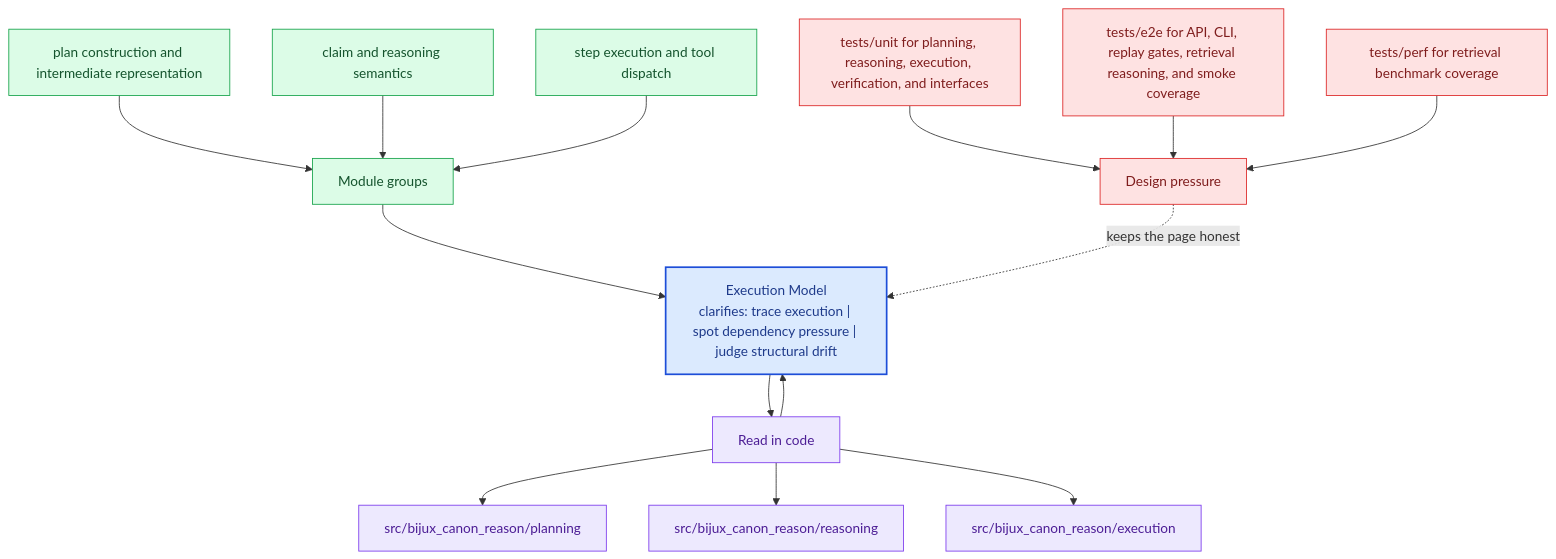
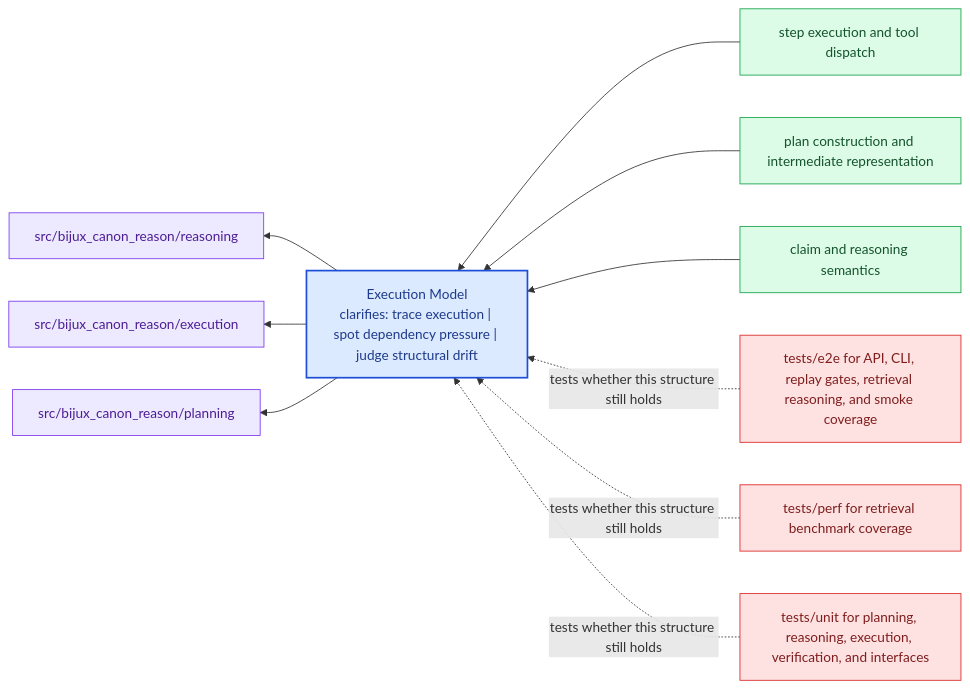
One commit to bijux/bijux-canon changed the diagram in docs/bijux-canon-reason/architecture/execution-model.md. Above: the diagram before and after it, drawn with Mermaid. The commit also changed other lines of this file and 281 other files, not shown here.

Commit message:
docs(diagrams): replace repeated mermaid scaffolds with page-specific summaries

````diff
--- a/docs/bijux-canon-reason/architecture/execution-model.md
+++ b/docs/bijux-canon-reason/architecture/execution-model.md
@@ -69,40 +24,31 @@
 ```mermaid
-flowchart TB
-    promise["Execution Model<br/>clarifies: trace execution | spot dependency pressure | judge structural drift"]
-    classDef promise fill:#dbeafe,stroke:#1d4ed8,color:#1e3a8a,stroke-width:2px;
-    classDef driver fill:#dcfce7,stroke:#16a34a,color:#14532d;
-    classDef constraint fill:#fee2e2,stroke:#dc2626,color:#7f1d1d;
-    classDef ground fill:#ede9fe,stroke:#7c3aed,color:#4c1d95;
-    focus1["Module groups"]
-    focus1 --> promise
-    focus1_1["plan construction and intermediate representation"]
-    focus1_1 --> focus1
-    focus1_2["claim and reasoning semantics"]
-    focus1_2 --> focus1
-    focus1_3["step execution and tool dispatch"]
-    focus1_3 --> focus1
-    class focus1 driver;
-    class focus1_1,focus1_2,focus1_3 driver;
-    focus2["Read in code"]
-    focus2 --> promise
-    promise --> focus2
-    focus2_1["src/bijux_canon_reason/planning"]
-    focus2 --> focus2_1
-    focus2_2["src/bijux_canon_reason/reasoning"]
-    focus2 --> focus2_2
-    focus2_3["src/bijux_canon_reason/execution"]
-    focus2 --> focus2_3
-    class focus2 ground;
-    class focus2_1,focus2_2,focus2_3 ground;
-    focus3["Design pressure"]
-    focus3 -.keeps the page honest.-> promise
-    focus3_1["tests/unit for planning, reasoning, execution, verification, and interfaces"]
-    focus3_1 --> focus3
-    focus3_2["tests/e2e for API, CLI, replay gates, retrieval reasoning, and smoke coverage"]
-    focus3_2 --> focus3
-    focus3_3["tests/perf for retrieval benchmark coverage"]
-    focus3_3 --> focus3
-    class focus3 constraint;
-    class focus3_1,focus3_2,focus3_3 constraint;
-    class promise promise;
+flowchart RL
+    page["Execution Model<br/>clarifies: trace execution | spot dependency pressure | judge structural drift"]
+    classDef page fill:#dbeafe,stroke:#1d4ed8,color:#1e3a8a,stroke-width:2px;
+    classDef positive fill:#dcfce7,stroke:#16a34a,color:#14532d;
+    classDef caution fill:#fee2e2,stroke:#dc2626,color:#7f1d1d;
+    classDef anchor fill:#ede9fe,stroke:#7c3aed,color:#4c1d95;
+    classDef action fill:#fef3c7,stroke:#d97706,color:#7c2d12;
+    module1["step execution and tool dispatch"]
+    module1 --> page
+    module2["plan construction and intermediate representation"]
+    module2 --> page
+    module3["claim and reasoning semantics"]
+    module3 --> page
+    code1["src/bijux_canon_reason/reasoning"]
+    page --> code1
+    code2["src/bijux_canon_reason/execution"]
+    page --> code2
+    code3["src/bijux_canon_reason/planning"]
+    page --> code3
+    pressure1["tests/e2e for API, CLI, replay gates, retrieval reasoning, and smoke coverage"]
+    pressure1 -.tests whether this structure still holds.-> page
+    pressure2["tests/perf for retrieval benchmark coverage"]
+    pressure2 -.tests whether this structure still holds.-> page
+    pressure3["tests/unit for planning, reasoning, execution, verification, and interfaces"]
+    pressure3 -.tests whether this structure still holds.-> page
+    class page page;
+    class module1,module2,module3 positive;
+    class code1,code2,code3 anchor;
+    class pressure1,pressure2,pressure3 caution;
 ```
````
